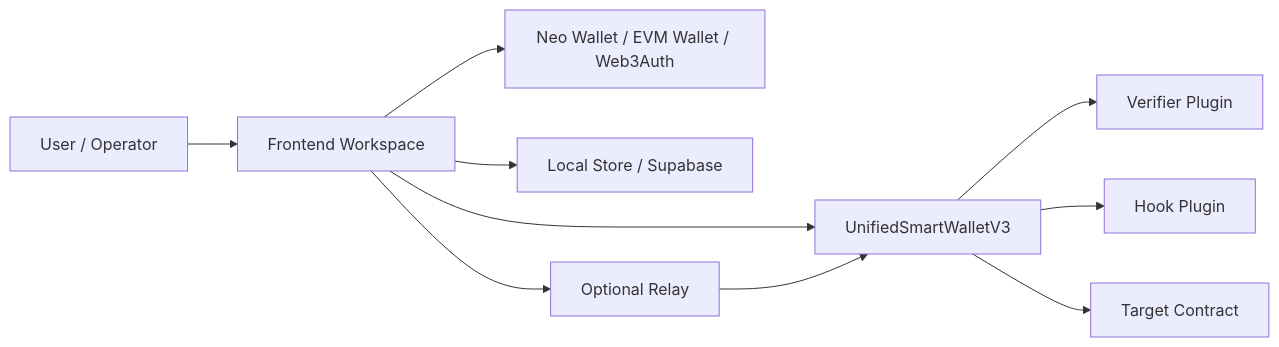
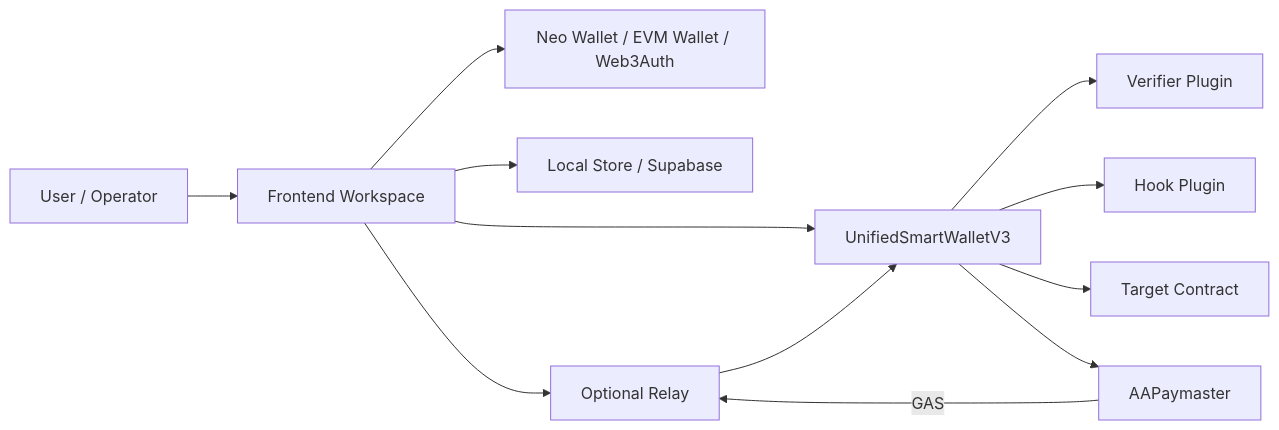
The first of 3 diagrams in docs/architecture.md (r3e-network/neo-abstract-account), drawn with Mermaid before and after one commit. The commit also changed other lines of this file and 22 other files, not shown here.

````diff
--- a/docs/architecture.md
+++ b/docs/architecture.md
@@ -7,22 +7,25 @@
 ```mermaid
 flowchart LR
   User[User / Operator]
   Frontend[Frontend Workspace]
   Wallets[Neo Wallet / EVM Wallet / Web3Auth]
   Drafts[Local Store / Supabase]
   Relay[Optional Relay]
   Core[UnifiedSmartWalletV3]
   Verifier[Verifier Plugin]
   Hook[Hook Plugin]
+  Paymaster[AAPaymaster]
   Target[Target Contract]
 
   User --> Frontend
   Frontend --> Wallets
   Frontend --> Drafts
   Frontend --> Relay
   Frontend --> Core
   Relay --> Core
   Core --> Verifier
   Core --> Hook
   Core --> Target
+  Core --> Paymaster
+  Paymaster -->|GAS| Relay
 ```
````
